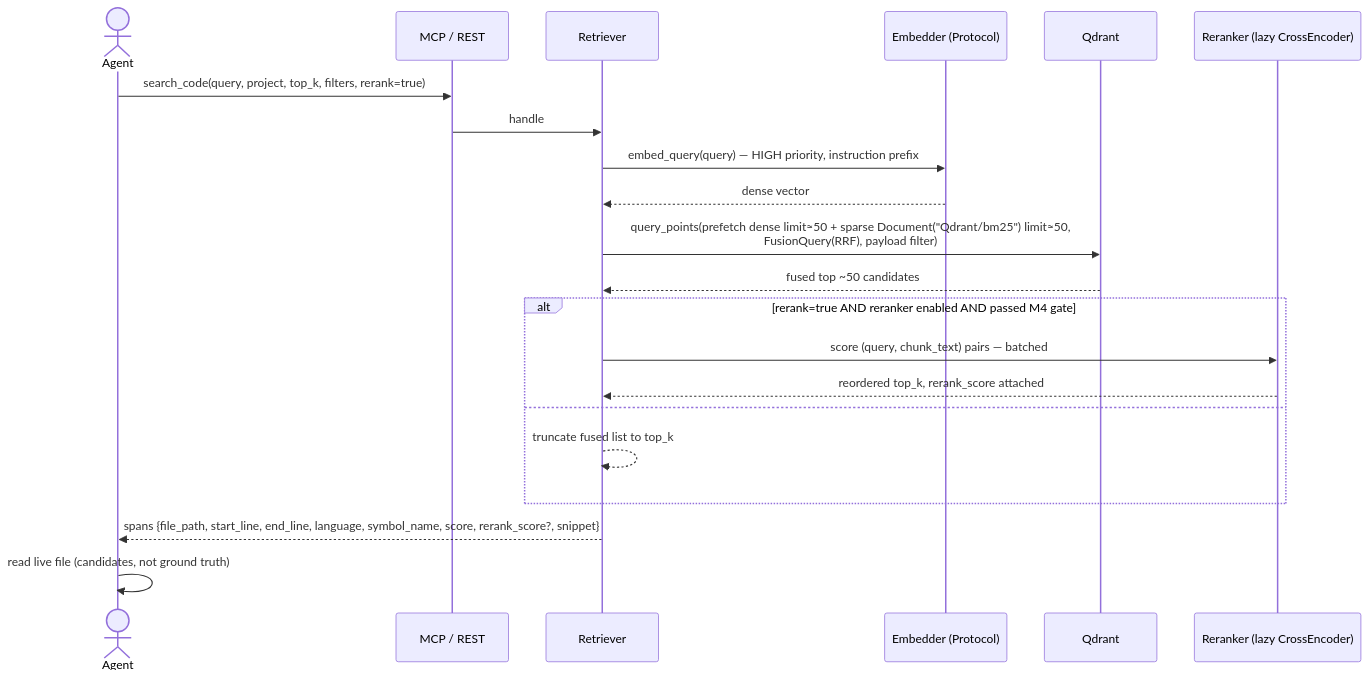
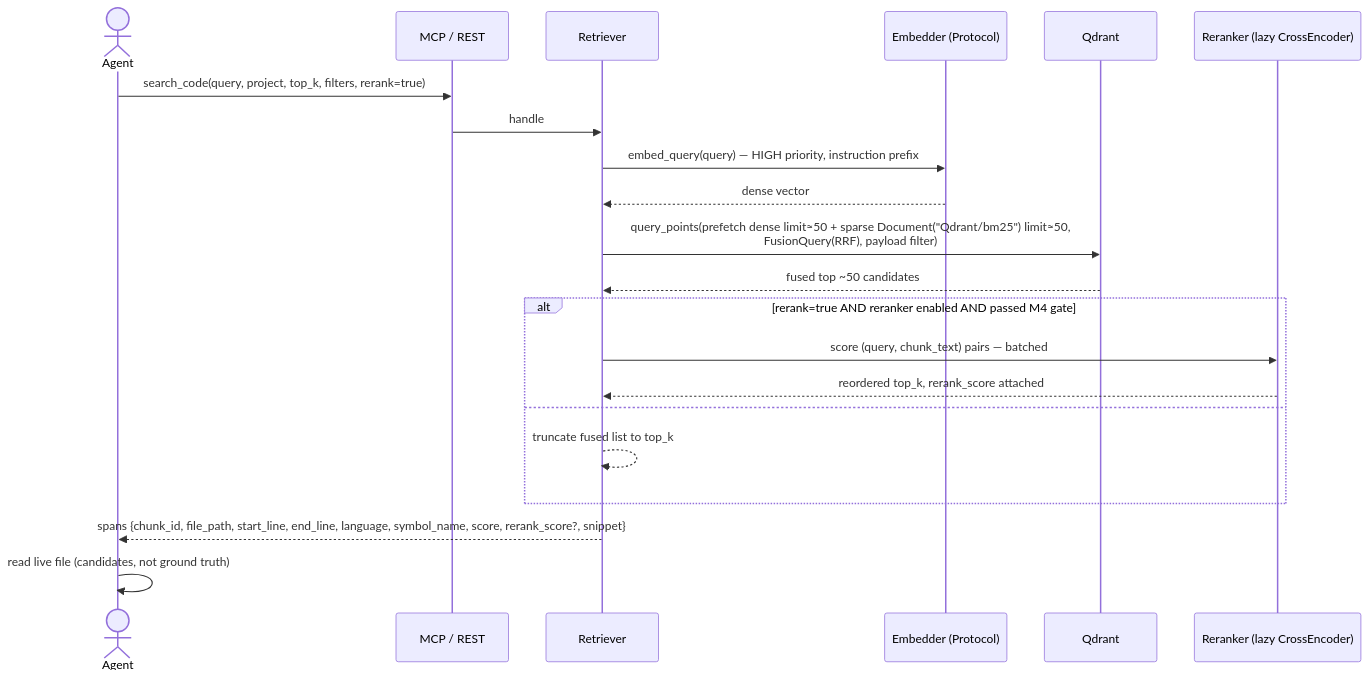
Before and after one commit to behl1anmol/Noesis: the third of 5 diagrams in architecture-docs/code-indexer-expanded-architecture.md, drawn with Mermaid. The commit also changed other lines of this file and 14 other files, not shown here.

````diff
--- a/architecture-docs/code-indexer-expanded-architecture.md
+++ b/architecture-docs/code-indexer-expanded-architecture.md
@@ -191,23 +191,23 @@
 ```mermaid
 sequenceDiagram
     actor Agent
     participant API as MCP / REST
     participant Ret as Retriever
     participant Emb as Embedder (Protocol)
     participant Q as Qdrant
     participant RR as Reranker (lazy CrossEncoder)
     Agent->>API: search_code(query, project, top_k, filters, rerank=true)
     API->>Ret: handle
     Ret->>Emb: embed_query(query) — HIGH priority, instruction prefix
     Emb-->>Ret: dense vector
     Ret->>Q: query_points(prefetch dense limit≈50 + sparse Document("Qdrant/bm25") limit≈50,<br/>FusionQuery(RRF), payload filter)
     Q-->>Ret: fused top ~50 candidates
     alt rerank=true AND reranker enabled AND passed M4 gate
         Ret->>RR: score (query, chunk_text) pairs — batched
         RR-->>Ret: reordered top_k, rerank_score attached
     else
         Ret-->>Ret: truncate fused list to top_k
     end
-    Ret-->>Agent: spans {file_path, start_line, end_line, language, symbol_name, score, rerank_score?, snippet}
+    Ret-->>Agent: spans {chunk_id, file_path, start_line, end_line, language, symbol_name, score, rerank_score?, snippet}
     Agent->>Agent: read live file (candidates, not ground truth)
 ```
````
